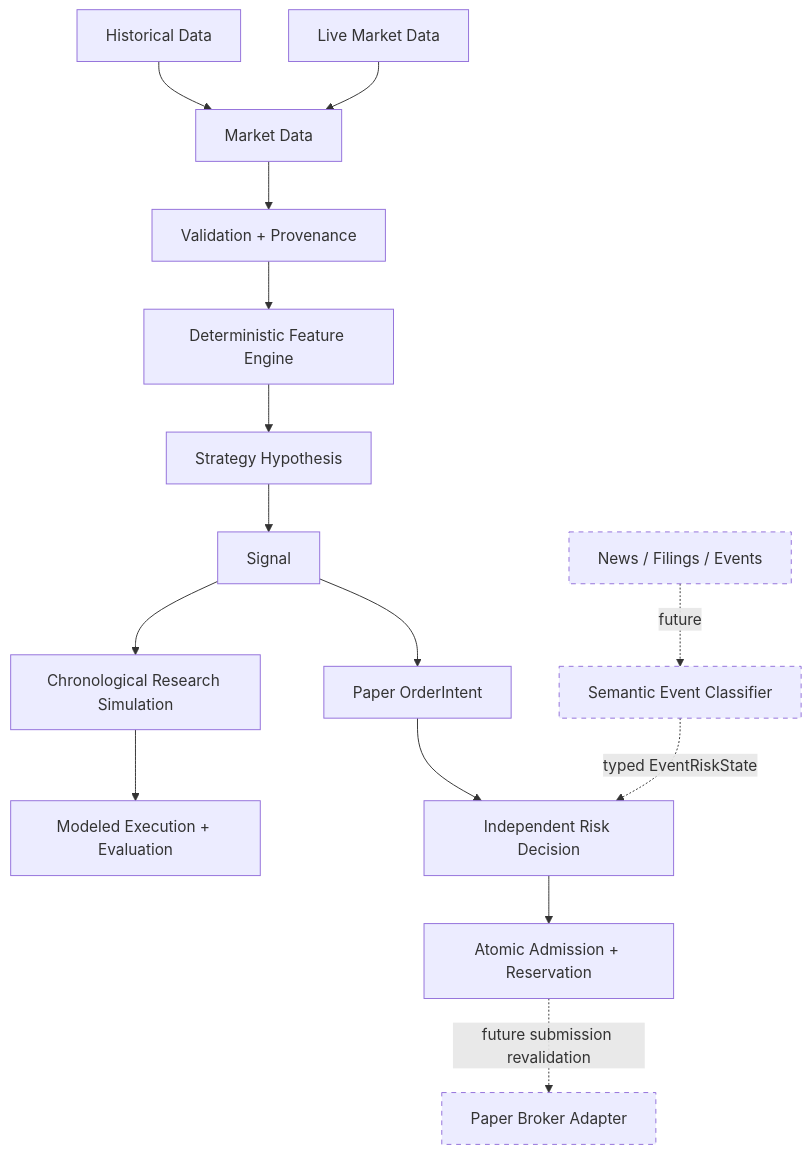
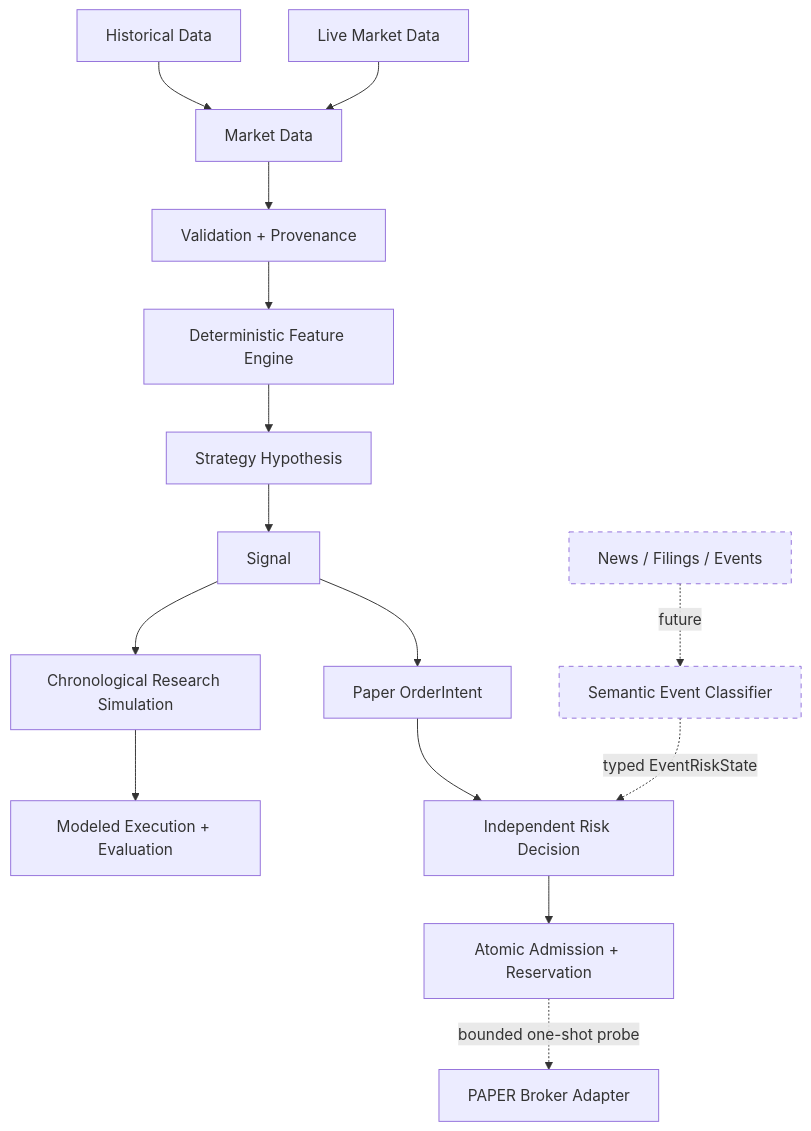
The first of 2 diagrams in README.md (jayjz/SHAD0W), drawn with Mermaid before and after one commit. The commit also changed other lines of this file and 19 other files, not shown here.

````diff
--- a/README.md
+++ b/README.md
@@ -85,24 +91,23 @@
 ```mermaid
 flowchart TD
     A["Market Data"] --> B["Validation + Provenance"]
     B --> C["Deterministic Feature Engine"]
     C --> D["Strategy Hypothesis"]
     D --> E["Signal"]
 
     E --> F["Chronological Research Simulation"]
     F --> G["Modeled Execution + Evaluation"]
 
     E --> H["Paper OrderIntent"]
     H --> I["Independent Risk Decision"]
     I --> J["Atomic Admission + Reservation"]
-    J -. future submission revalidation .-> O["Paper Broker Adapter"]
+    J -. bounded one-shot probe .-> O["PAPER Broker Adapter"]
 
     K["News / Filings / Events"] -. future .-> L["Semantic Event Classifier"]
     L -. typed EventRiskState .-> I
 
     M["Historical Data"] --> A
     N["Live Market Data"] --> A
     style K stroke-dasharray: 5 5
     style L stroke-dasharray: 5 5
-    style O stroke-dasharray: 5 5
 ```
````
